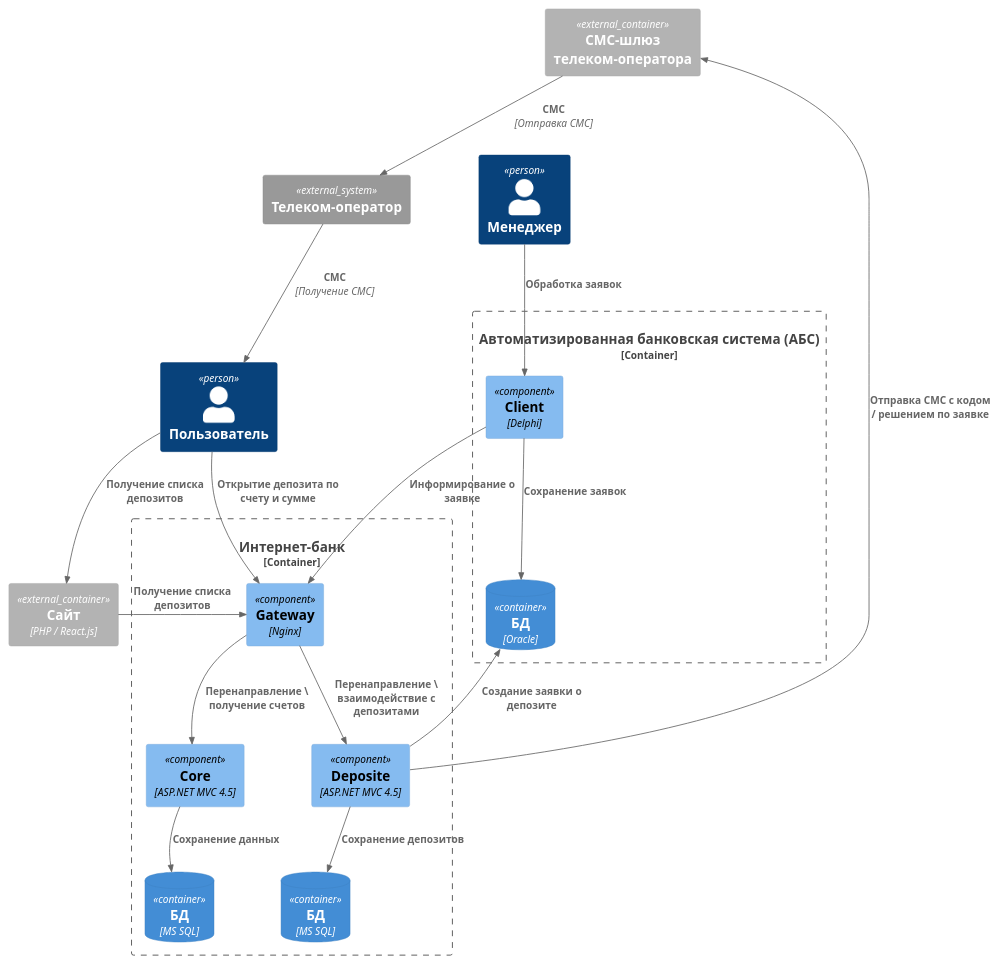
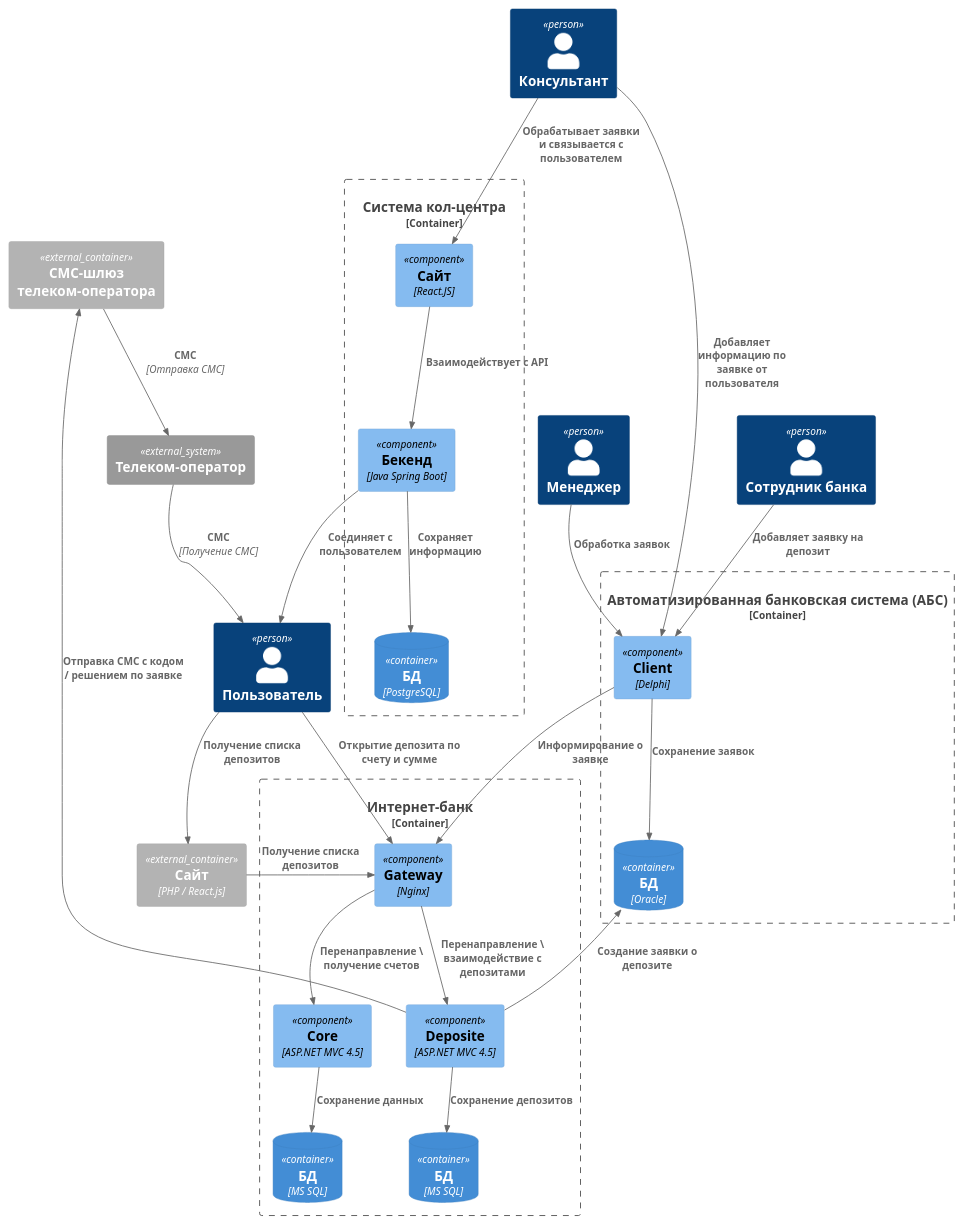
Before and after one commit to Implozium/architecture-sprint-9: the diagram in Exc3/sources/C4_container.puml, drawn with PlantUML. The commit also changed 3 other files, not shown here.

```diff
--- a/Exc3/sources/C4_container.puml
+++ b/Exc3/sources/C4_container.puml
@@ -1,46 +1,64 @@
 @startuml
 !include https://raw.githubusercontent.com/plantuml-stdlib/C4-PlantUML/master/C4_Component.puml
 
 Person(user, "Пользователь")
 Person(manager, "Менеджер")
+Person(consultant, "Консультант")
+Person(employee, "Сотрудник банка")
 
 System_Ext(operator, "Телеком-оператор")
 
 Container_Ext(site, "Сайт", "PHP / React.js")
 Container_Ext(gateway, "СМС-шлюз телеком-оператора")
 
 Container_Boundary(ABC, "Автоматизированная банковская система (АБС)") {
     Component(ABClient, "Client", "Delphi")
     ContainerDb(ABCDB, "БД", "Oracle")
 
     Rel(ABClient, ABCDB, "Сохранение заявок")
 }
 
 Container_Boundary(internetBank, "Интернет-банк") {
     Component(internetBankGateway, "Gateway", "Nginx")
 
     Component(internetBankCore, "Core", "ASP.NET MVC 4.5")
     ContainerDb(internetBankDB, "БД", "MS SQL")
 
     Component(internetBankDeposite, "Deposite", "ASP.NET MVC 4.5")
     ContainerDb(internetBankDepositeDB, "БД", "MS SQL")
 
     Rel(internetBankGateway, internetBankCore, "Перенаправление \ получение счетов")
     Rel(internetBankGateway, internetBankDeposite, "Перенаправление \ взаимодействие с депозитами")
 
     Rel(internetBankCore, internetBankDB, "Сохранение данных")
     Rel(internetBankDeposite, internetBankDepositeDB, "Сохранение депозитов")
 }
 
+
+Container_Boundary(callCenter, "Система кол-центра") {
+    Component(callCenterFrontend, "Сайт", "React.JS")
+    Component(callCenterBackend, "Бекенд", "Java Spring Boot")
+    ContainerDb(callCenterDB, "БД", "PostgreSQL")
+
+    Rel(callCenterFrontend, callCenterBackend, "Взаимодействует с API")
+    Rel(callCenterBackend, callCenterDB, "Сохраняет информацию")
+}
+
 Rel(site, internetBankGateway, "Получение списка депозитов")
 Rel(internetBankDeposite, gateway, "Отправка СМС с кодом / решением по заявке")
 Rel(internetBankDeposite, ABCDB, "Создание заявки о депозите")
 Rel(ABClient, internetBankGateway, "Информирование о заявке")
 
 Rel(gateway, operator, "СМС", "Отправка СМС")
 Rel(user, site, "Получение списка депозитов")
 Rel(user, internetBankGateway, "Открытие депозита по счету и сумме")
 Rel(operator, user, "СМС", "Получение СМС")
 
+Rel(consultant, callCenterFrontend, "Обрабатывает заявки и связывается с пользователем")
+Rel(callCenterBackend, user, "Соединяет с пользователем")
+Rel(consultant, ABClient, "Добавляет информацию по заявке от пользователя")
+
+Rel(employee, ABClient, "Добавляет заявку на депозит")
+
 Rel(manager, ABClient, "Обработка заявок")
 @enduml
```
